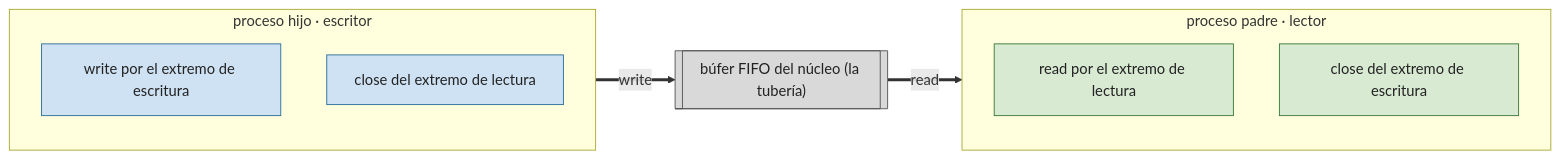
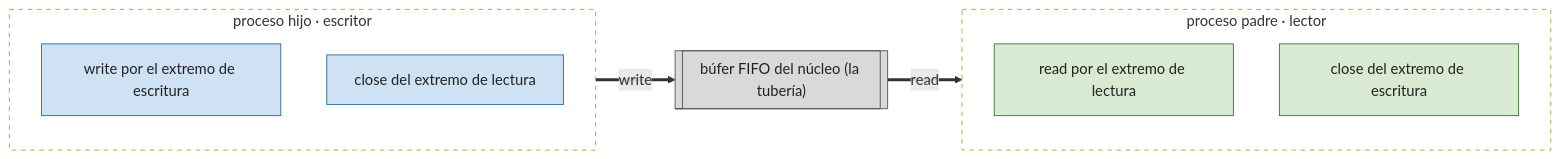
Before and after one commit to asiermarzo/ssoo: the diagram in PRACTICA/03-pipes-y-fifos/README.md, drawn with Mermaid. The commit also changed 12 other files, not shown here.

Commit message:
ajuste subrects de mermaids

````diff
--- a/PRACTICA/03-pipes-y-fifos/README.md
+++ b/PRACTICA/03-pipes-y-fifos/README.md
@@ -31,23 +31,25 @@
 ```mermaid
 flowchart LR
     subgraph Padre["proceso padre · lector"]
         direction TB
         PR["read por el extremo de lectura"]
         PC["close del extremo de escritura"]
     end
     subgraph Hijo["proceso hijo · escritor"]
         direction TB
         HW["write por el extremo de escritura"]
         HC["close del extremo de lectura"]
     end
     HW ==>|"write"| BUF[["búfer FIFO del núcleo (la tubería)"]]
     BUF ==>|"read"| PR
 
     classDef lector fill:#d9ead3,stroke:#3a7a3a,color:#222;
     classDef escritor fill:#cfe2f3,stroke:#2b6f99,color:#222;
     classDef nucleo fill:#d9d9d9,stroke:#555,color:#222;
 
     class PR,PC lector;
     class HW,HC escritor;
     class BUF nucleo;
+    style Padre fill:none,stroke-dasharray: 5 5;
+    style Hijo fill:none,stroke-dasharray: 5 5;
 ```
````
